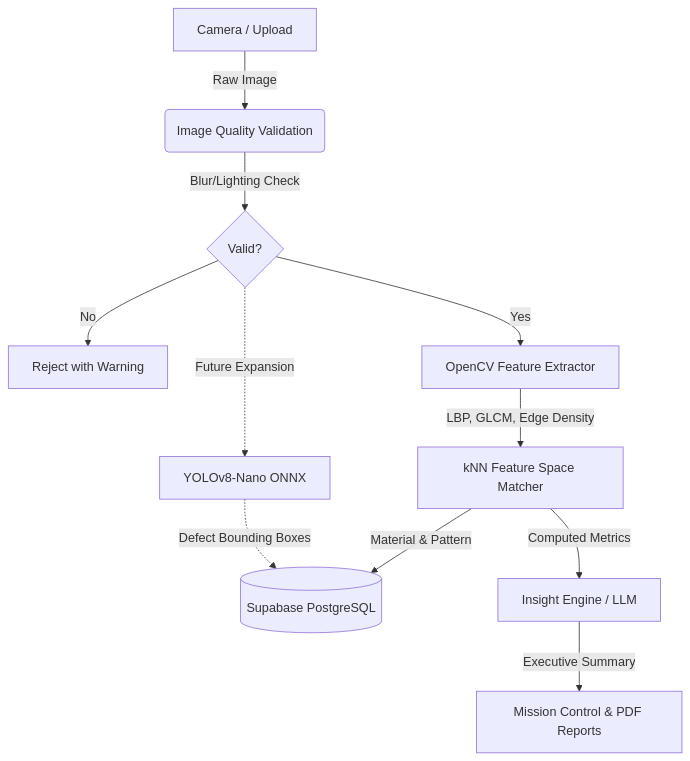
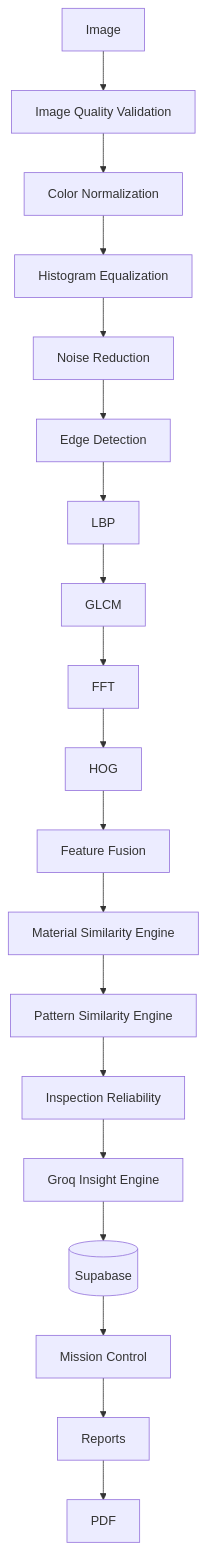
One commit to bhargavatejagolla/threadcounty-platform changed the diagram in README.md. Above: the diagram before and after it, drawn with Mermaid. The commit also changed 8 other files, not shown here.

Commit message:
NovaWeave Feature Fusion Architecture: Upgrade to 10/10 Enterprise AI Platform with deep explainability, similarity rankings, and 15-step pipeline.

````diff
--- a/README.md
+++ b/README.md
@@ -81,16 +81,21 @@
 ```mermaid
 graph TD
-    A[Camera / Upload] -->|Raw Image| B(Image Quality Validation)
-    B -->|Blur/Lighting Check| C{Valid?}
-    C -->|No| D[Reject with Warning]
-    C -->|Yes| E[OpenCV Feature Extractor]
-    
-    E -->|LBP, GLCM, Edge Density| F[kNN Feature Space Matcher]
-    F -->|Material & Pattern| G[(Supabase PostgreSQL)]
-    
-    C -.->|Future Expansion| Y[YOLOv8-Nano ONNX]
-    Y -.->|Defect Bounding Boxes| G
-    
-    F -->|Computed Metrics| H[Insight Engine / LLM]
-    H -->|Executive Summary| I[Mission Control & PDF Reports]
+    A[Image] --> B[Image Quality Validation]
+    B --> C[Color Normalization]
+    C --> D[Histogram Equalization]
+    D --> E[Noise Reduction]
+    E --> F[Edge Detection]
+    F --> G[LBP]
+    G --> H[GLCM]
+    H --> I[FFT]
+    I --> J[HOG]
+    J --> K[Feature Fusion]
+    K --> L[Material Similarity Engine]
+    L --> M[Pattern Similarity Engine]
+    M --> N[Inspection Reliability]
+    N --> O[Groq Insight Engine]
+    O --> P[(Supabase)]
+    P --> Q[Mission Control]
+    Q --> R[Reports]
+    R --> S[PDF]
 ```
````
